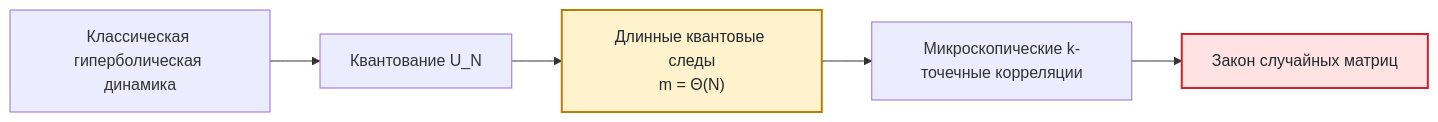
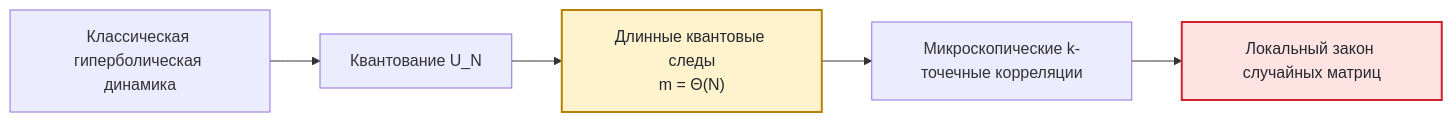
The first of 3 diagrams in README.ru.md (ChurilovMaksim/BGS), drawn with Mermaid before and after one commit. The commit also changed other lines of this file and 2 other files, not shown here.

````diff
--- a/README.ru.md
+++ b/README.ru.md
@@ -63,13 +60,13 @@
 ```mermaid
 flowchart LR
     A["Классическая гиперболическая динамика"] --> B["Квантование U_N"]
     B --> C["Длинные квантовые следы<br/>m = Θ(N)"]
     C --> D["Микроскопические k-точечные корреляции"]
-    D --> E["Закон случайных матриц"]
+    D --> E["Локальный закон случайных матриц"]
 
     C:::open
     E:::target
 
     classDef open fill:#fff3cd,stroke:#b58105,color:#24292f,stroke-width:2px;
     classDef target fill:#ffe3e3,stroke:#cf222e,color:#24292f,stroke-width:2px;
 ```
````
